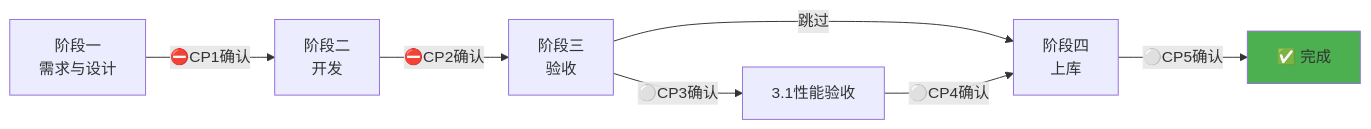
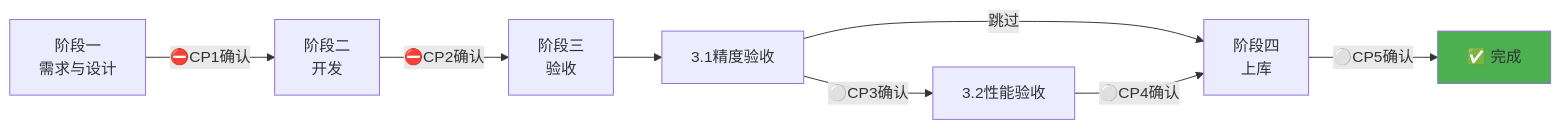
The first of 4 diagrams in plugins-official/ops-registry-invoke/workflow/SKILL.md (hicann/cannbot-skills), drawn with Mermaid before and after one commit. The commit also changed other lines of this file and 10 other files, not shown here.

````diff
--- a/plugins-official/ops-registry-invoke/workflow/SKILL.md
+++ b/plugins-official/ops-registry-invoke/workflow/SKILL.md
@@ -50,11 +50,12 @@
 ```mermaid
 graph LR
     A[阶段一<br/>需求与设计] -->|⛔CP1确认| B[阶段二<br/>开发]
     B -->|⛔CP2确认| C[阶段三<br/>验收]
-    C -->|⚪CP3确认| D[3.1性能验收]
-    C -->|跳过| E[阶段四<br/>上库]
+    C --> C1[3.1精度验收]
+    C1 -->|⚪CP3确认| D[3.2性能验收]
+    C1 -->|跳过| E[阶段四<br/>上库]
     D -->|⚪CP4确认| E
     E -->|⚪CP5确认| F[✅ 完成]
     
     style F fill:#4caf50
 ```
````
